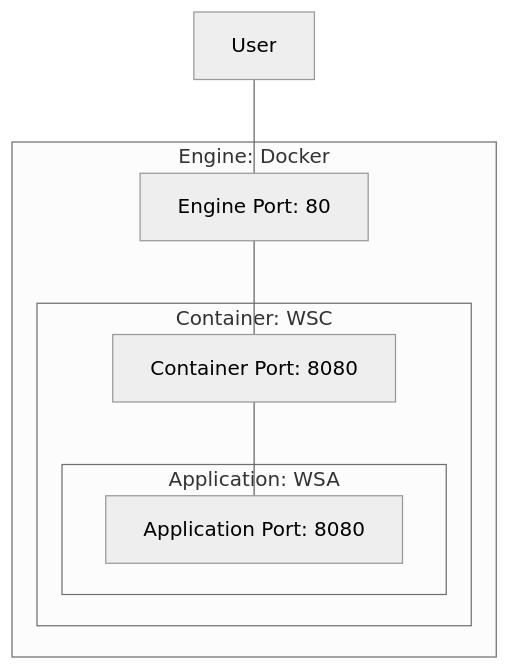
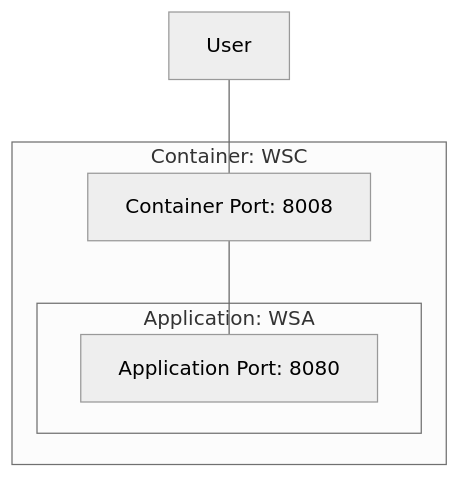
Before and after one commit to rik-howard/eg-web-server: the diagram in container/README.md, drawn with Mermaid (neutral theme). The commit also changed other lines of this file and 18 other files, not shown here.

````diff
--- a/container/README.md
+++ b/container/README.md
@@ -58,13 +57,10 @@
 ```mermaid
 graph TD
-    User --- EP --- CP --- AP;
-    subgraph E[Engine: Docker]
-        EP[Engine Port: 80]
-        subgraph C[Container: WSC]
-            CP[Container Port: 8080]
-            subgraph A[Application: WSA]
-                AP[Application Port: 8080]
-            end
+    User --- CP --- AP;
+    subgraph C[Container: WSC]
+        CP[Container Port: 8008]
+        subgraph A[Application: WSA]
+            AP[Application Port: 8080]
         end
     end
 ```
````
